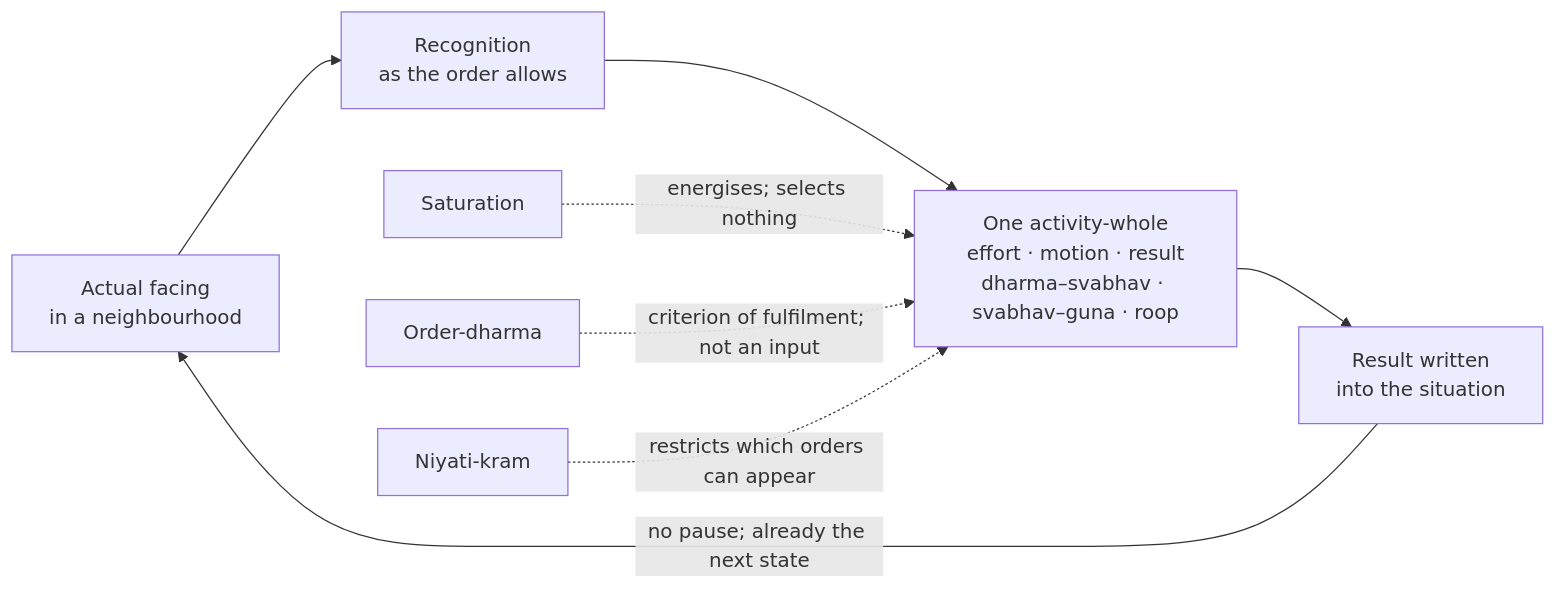
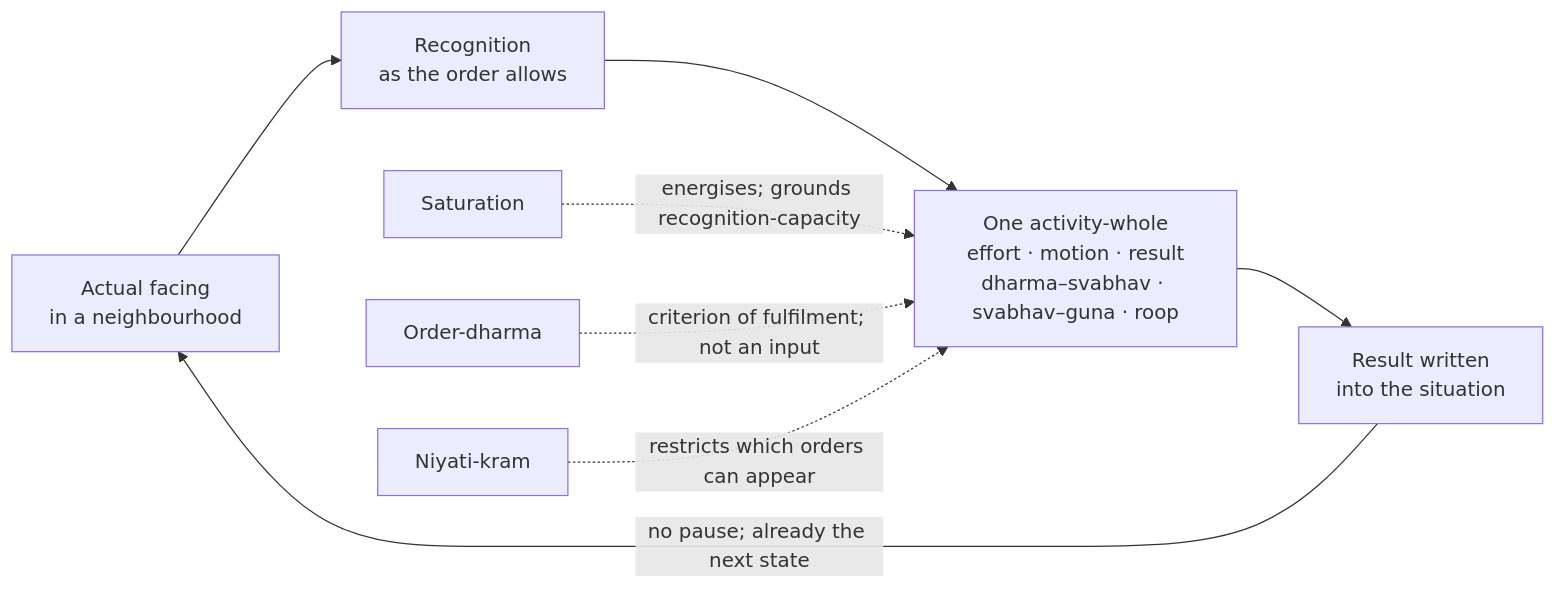
The seventh of 7 diagrams in Studies/A-State-Dynamic-Model-Of-Coexistence/A-State-Dynamic-Model-Of-Coexistence.md (raghavamohan/AnalyticMadhyasthDarshan), drawn with Mermaid before and after one commit. The commit also changed other lines of this file and 8 other files, not shown here.

````diff
--- a/Studies/A-State-Dynamic-Model-Of-Coexistence/A-State-Dynamic-Model-Of-Coexistence.md
+++ b/Studies/A-State-Dynamic-Model-Of-Coexistence/A-State-Dynamic-Model-Of-Coexistence.md
@@ -629,10 +637,10 @@
 ```mermaid
 flowchart LR
     FACE["Actual facing<br/>in a neighbourhood"] --> RECOG["Recognition<br/>as the order allows"]
     RECOG --> EXPR["One activity-whole<br/>effort · motion · result<br/>dharma–svabhav · svabhav–guna · roop"]
     EXPR --> WRITE["Result written<br/>into the situation"]
     WRITE -->|"no pause; already the next state"| FACE
-    SATTA["Saturation"] -.->|"energises; selects nothing"| EXPR
+    SATTA["Saturation"] -.->|"energises; grounds recognition-capacity"| EXPR
     DH["Order-dharma"] -.->|"criterion of fulfilment; not an input"| EXPR
     NK["Niyati-kram"] -.->|"restricts which orders can appear"| EXPR
 ```
````
